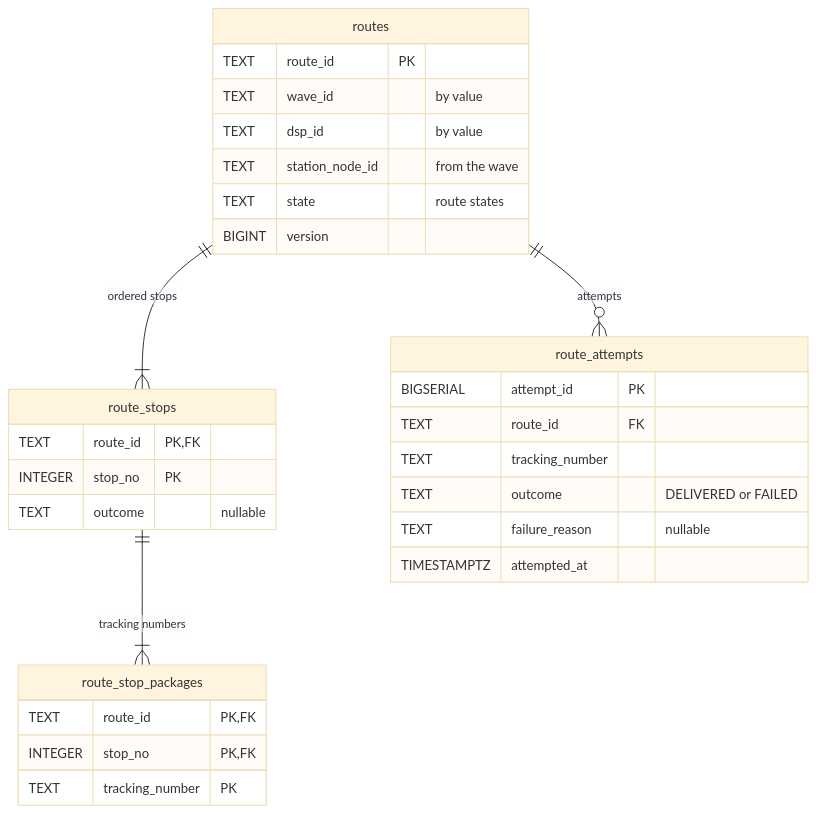
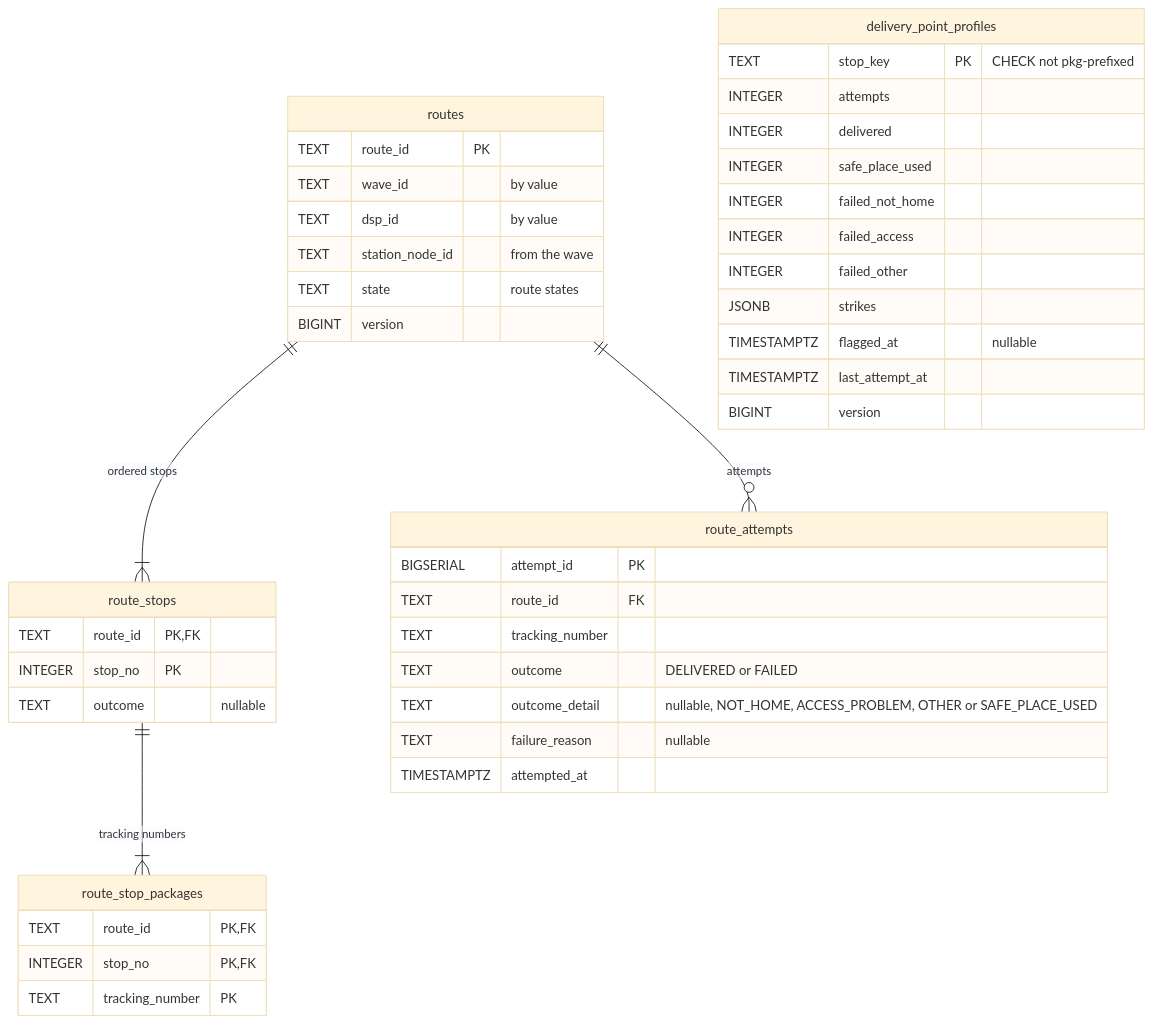
Before and after one commit to IQVO/warehouse-docs: the second of 7 diagrams in network/docs/contexts/last-mile-delivery/entity-relationship.md, drawn with Mermaid (base theme). The commit also changed 23 other files, not shown here.

Commit message:
Model, contract copies, ADR index, gap register and pages follow the merged last-mile-delivery (ADR 0013/0014), shipping-and-tracking (ADR 0013/0014) and customer-ordering (ADR 0014/0015) decisions of network-evolution wave 3.

````diff
--- a/network/docs/contexts/last-mile-delivery/entity-relationship.md
+++ b/network/docs/contexts/last-mile-delivery/entity-relationship.md
@@ -51,32 +51,46 @@
 ```mermaid
 erDiagram
     routes ||--|{ route_stops : "ordered stops"
     route_stops ||--|{ route_stop_packages : "tracking numbers"
     routes ||--o{ route_attempts : "attempts"
     routes {
         TEXT route_id PK
         TEXT wave_id "by value"
         TEXT dsp_id "by value"
         TEXT station_node_id "from the wave"
         TEXT state "route states"
         BIGINT version
     }
     route_stops {
         TEXT route_id PK,FK
         INTEGER stop_no PK
         TEXT outcome "nullable"
     }
     route_stop_packages {
         TEXT route_id PK,FK
         INTEGER stop_no PK,FK
         TEXT tracking_number PK
     }
     route_attempts {
         BIGSERIAL attempt_id PK
         TEXT route_id FK
         TEXT tracking_number
         TEXT outcome "DELIVERED or FAILED"
+        TEXT outcome_detail "nullable, NOT_HOME, ACCESS_PROBLEM, OTHER or SAFE_PLACE_USED"
         TEXT failure_reason "nullable"
         TIMESTAMPTZ attempted_at
     }
+    delivery_point_profiles {
+        TEXT stop_key PK "CHECK not pkg-prefixed"
+        INTEGER attempts
+        INTEGER delivered
+        INTEGER safe_place_used
+        INTEGER failed_not_home
+        INTEGER failed_access
+        INTEGER failed_other
+        JSONB strikes
+        TIMESTAMPTZ flagged_at "nullable"
+        TIMESTAMPTZ last_attempt_at
+        BIGINT version
+    }
 ```
````
